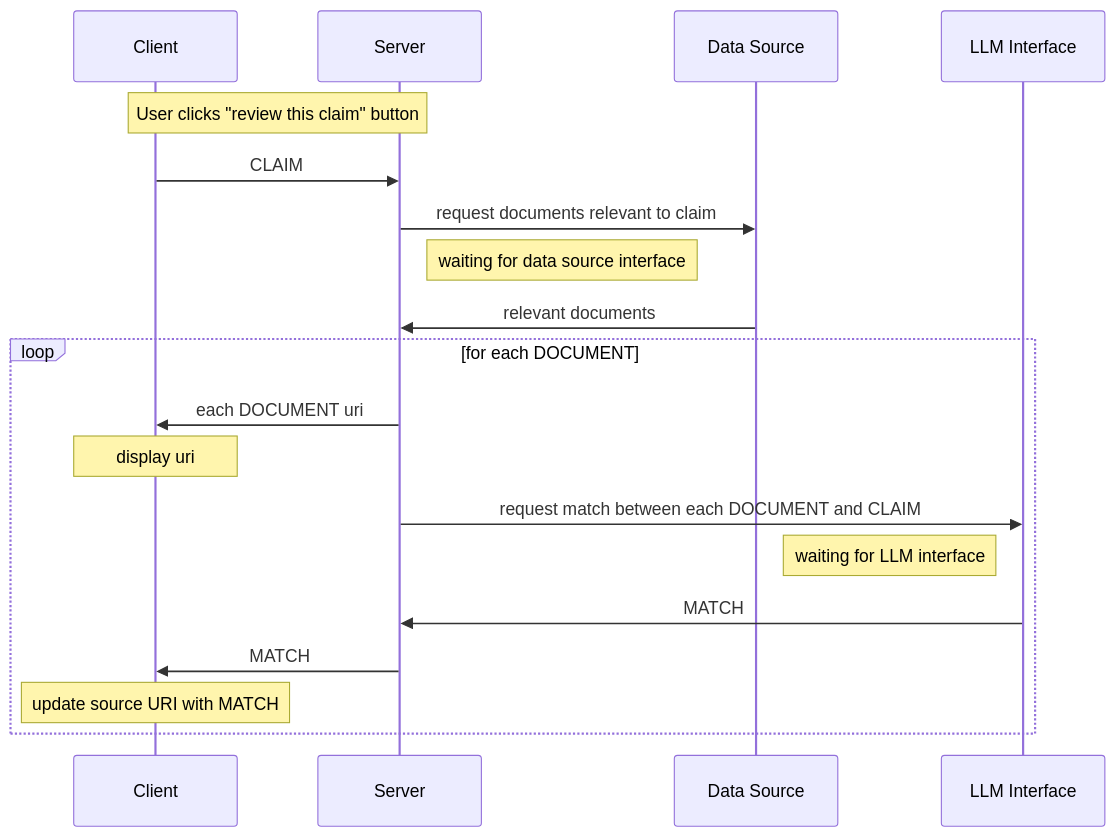
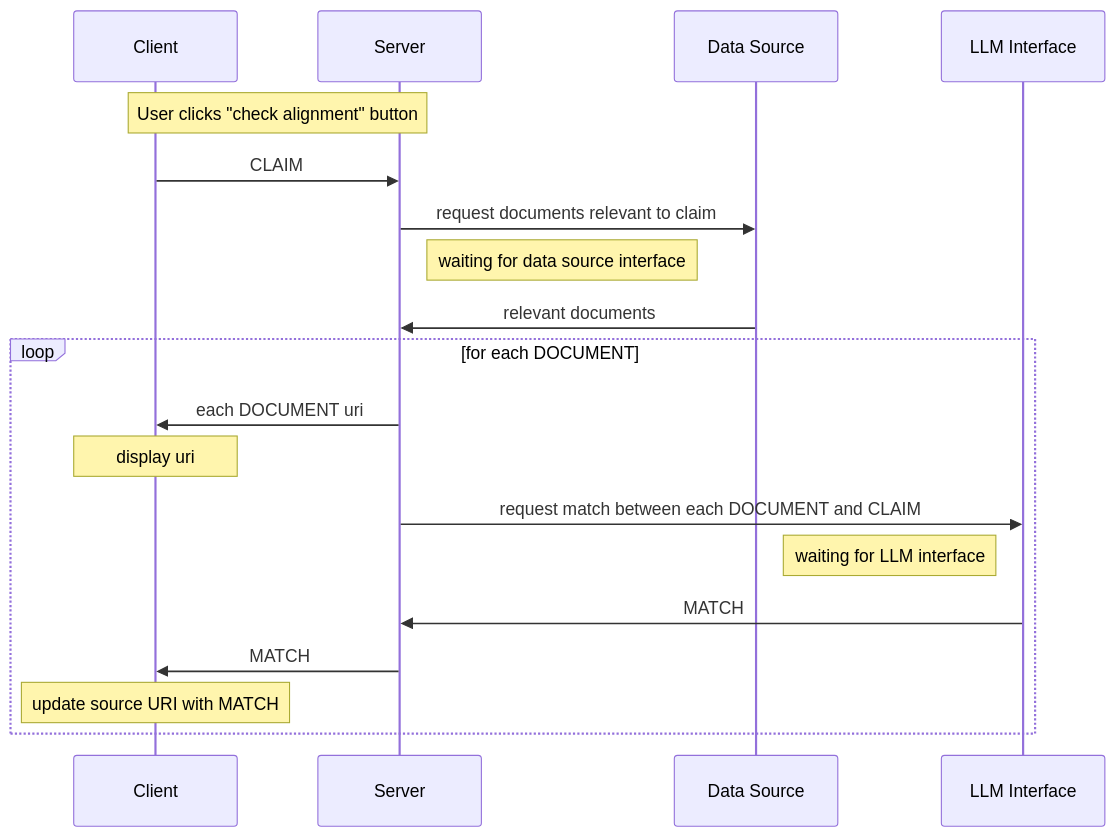
One commit to Doppelcheck/main changed the fourth of 4 diagrams in README.md. Above: the diagram before and after it, drawn with Mermaid. The commit also changed other lines of this file and 151 other files, not shown here.

````diff
--- a/README.md
+++ b/README.md
@@ -201,21 +260,21 @@
 ```mermaid
 sequenceDiagram
     participant Client
     participant Server
     participant Data_Source as Data Source
     participant LLM_Interface as LLM Interface
-    note over Client,Server: User clicks "review this claim" button
+    note over Client,Server: User clicks "check alignment" button
     Client->>Server: CLAIM
     Server->>Data_Source: request documents relevant to claim
     note right of Server: waiting for data source interface
     Data_Source->>Server: relevant documents
     loop for each DOCUMENT
         Server->>Client: each DOCUMENT uri
         note over Client: display uri
         Server->>LLM_Interface: request match between each DOCUMENT and CLAIM
         note right of Data_Source: waiting for LLM interface
         LLM_Interface->>Server: MATCH
         Server->>Client: MATCH
         note over Client: update source URI with MATCH
     end
 ```
````
